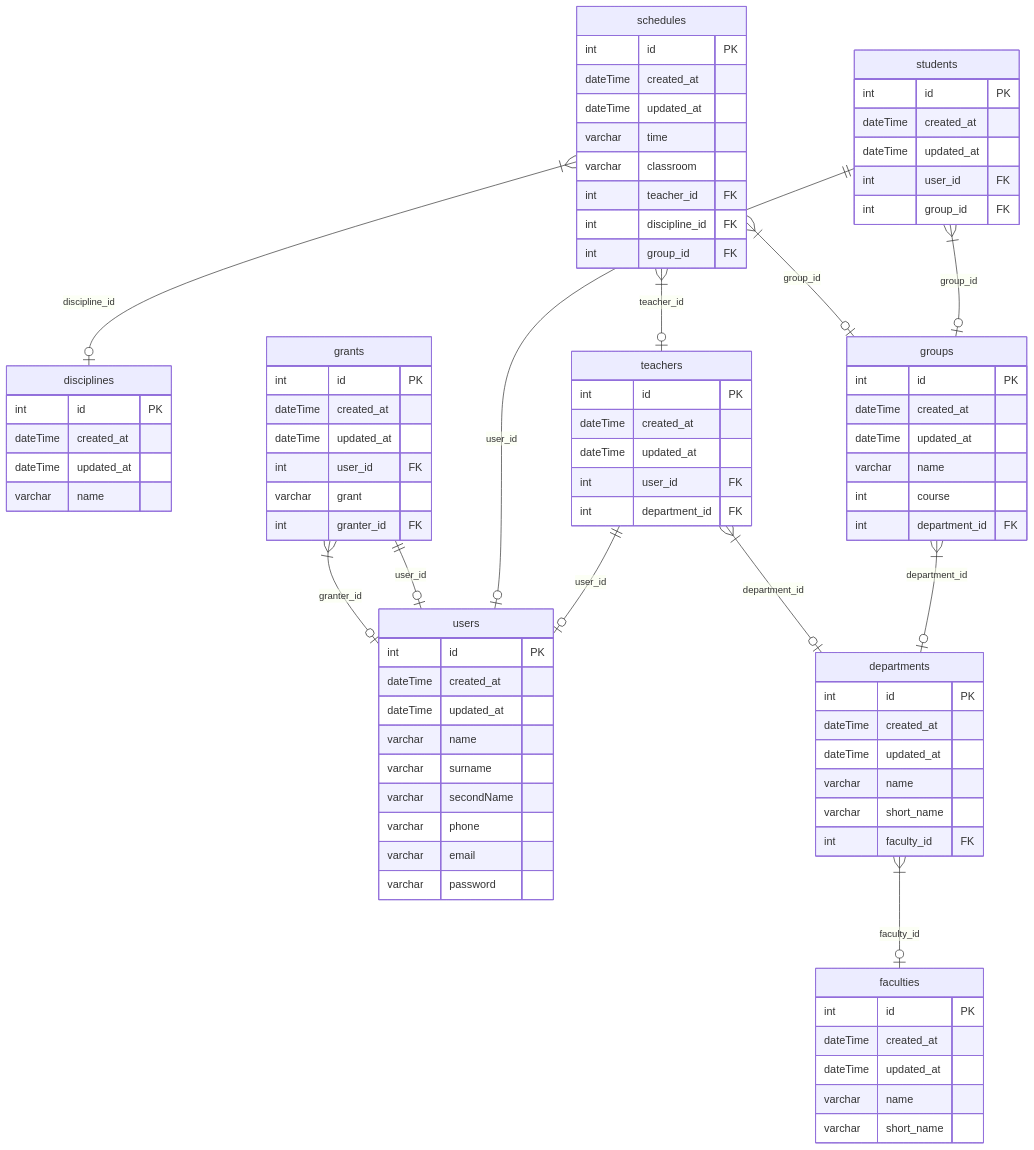
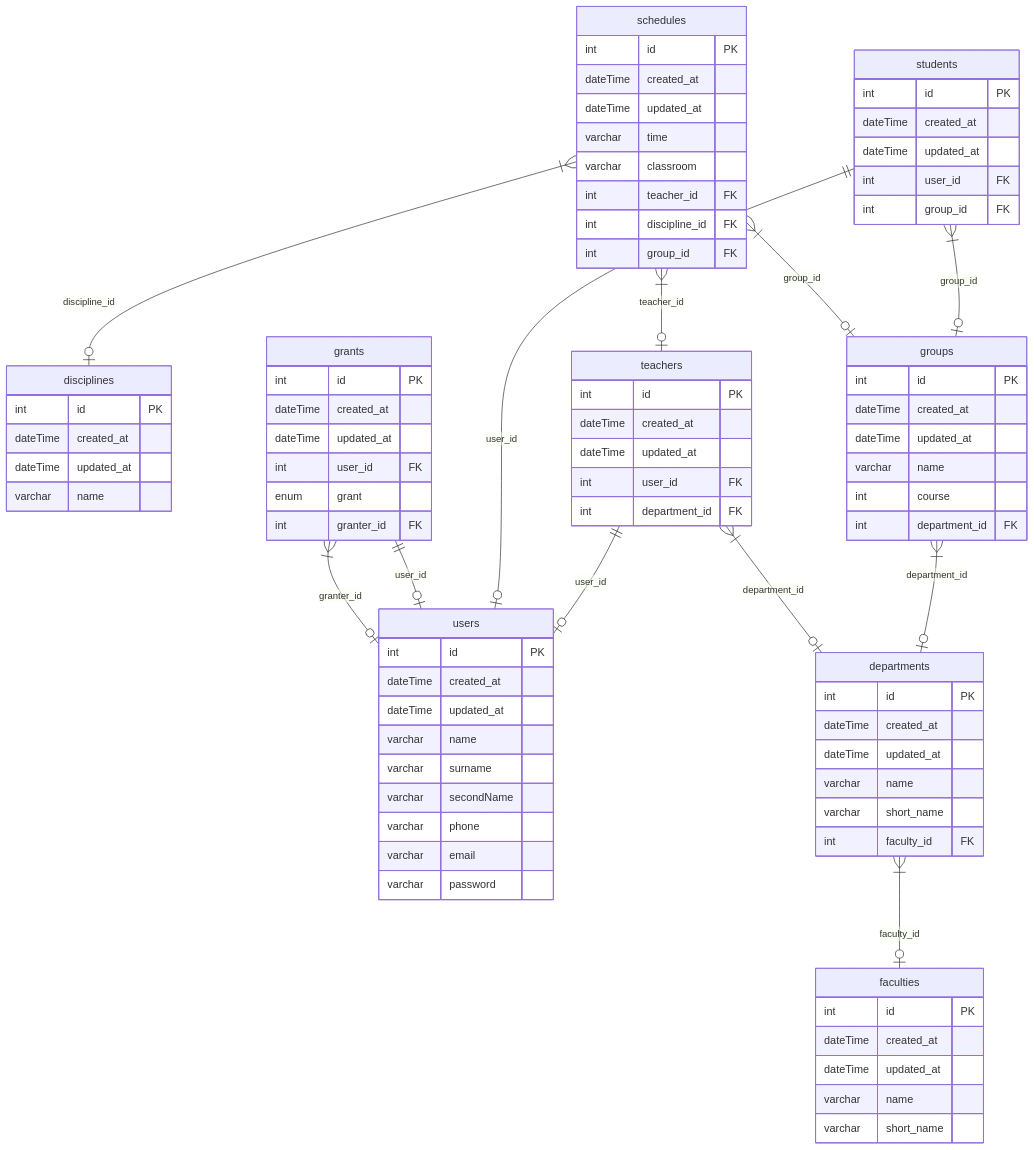
One commit to Gr1ngoire/university-administrator changed the diagram in README.md. Above: the diagram before and after it, drawn with Mermaid. The commit also changed 32 other files, not shown here.

```diff
--- a/README.md
+++ b/README.md
@@ -95,7 +95,7 @@
     dateTime created_at
     dateTime updated_at
     int user_id FK
-    varchar grant
+    enum grant
     int granter_id FK
   }
 
```
